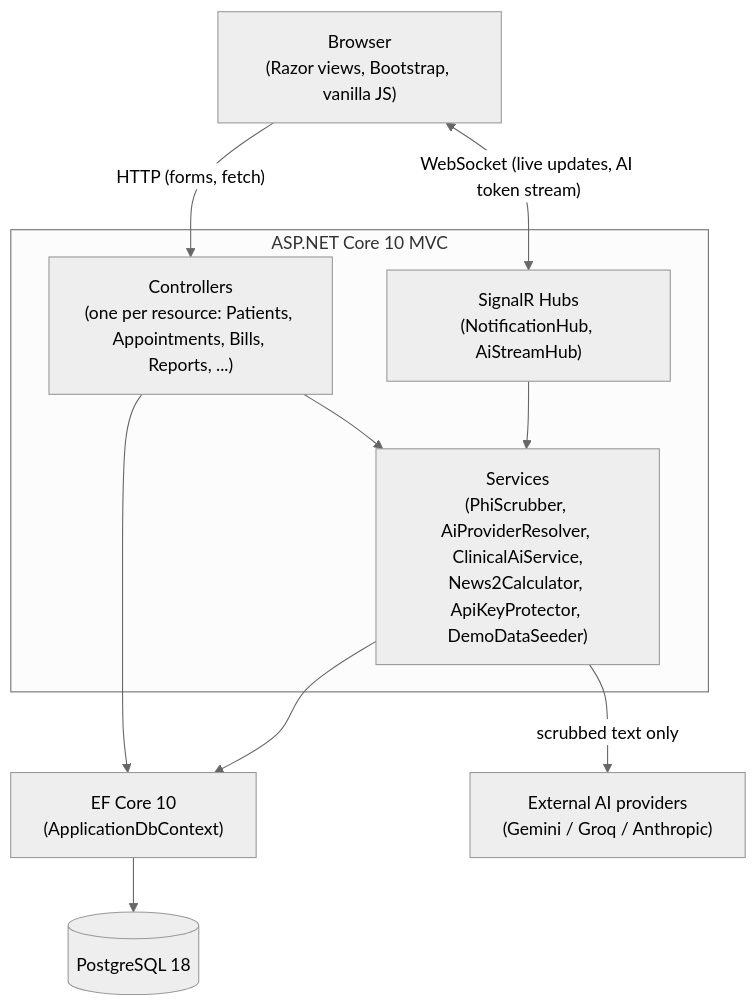
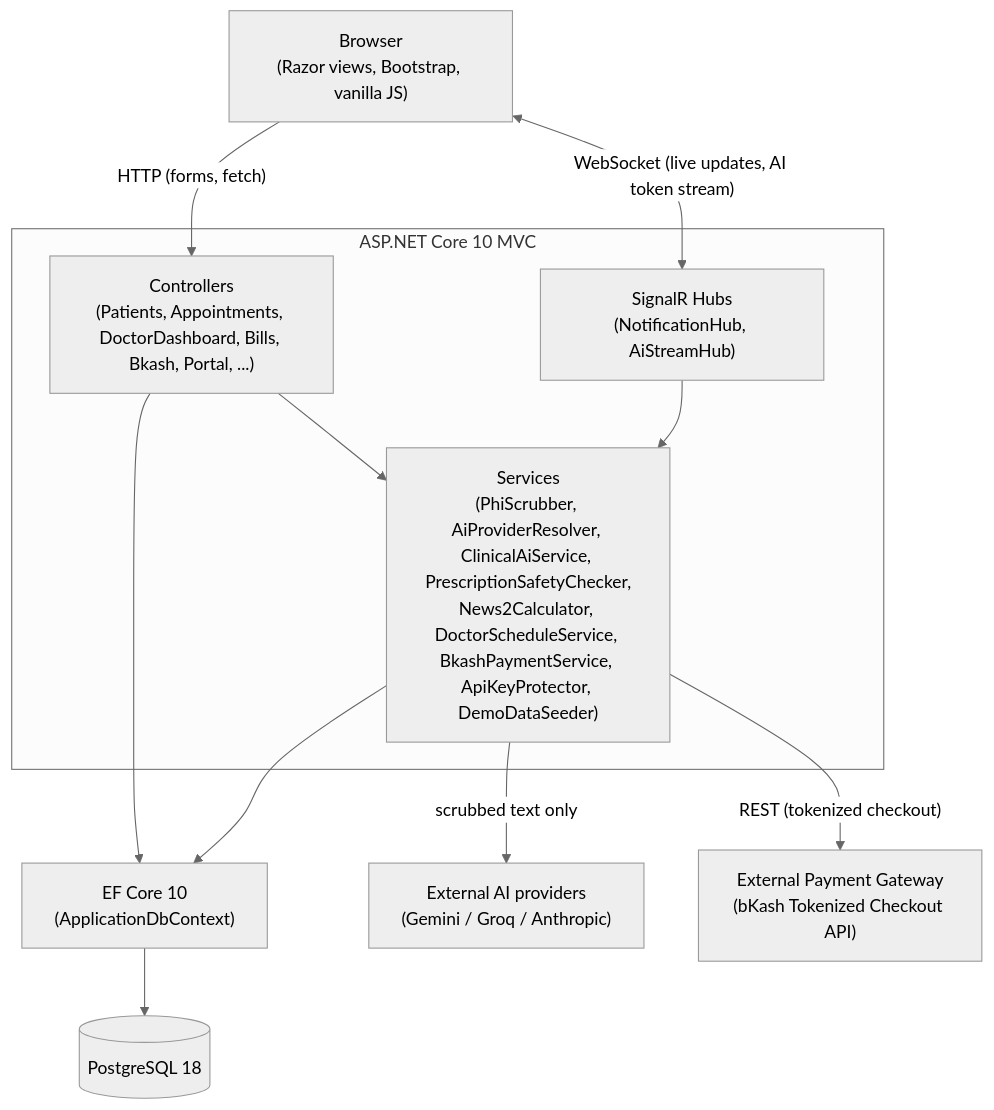
Before and after one commit to nafi103/Hospital-Management-System: the first of 4 diagrams in docs/ARCHITECTURE.md, drawn with Mermaid (neutral theme). The commit also changed other lines of this file and 15 other files, not shown here.

Commit message:
fix: improve prescription safety checks, schedule conflict detection, and bill calculation logic

````diff
--- a/docs/ARCHITECTURE.md
+++ b/docs/ARCHITECTURE.md
@@ -8,24 +7,26 @@
 ```mermaid
 flowchart TB
     Browser["Browser<br/>(Razor views, Bootstrap, vanilla JS)"]
 
     subgraph App["ASP.NET Core 10 MVC"]
-        Controllers["Controllers<br/>(one per resource: Patients, Appointments, Bills, Reports, ...)"]
-        Services["Services<br/>(PhiScrubber, AiProviderResolver, ClinicalAiService,<br/>News2Calculator, ApiKeyProtector, DemoDataSeeder)"]
+        Controllers["Controllers<br/>(Patients, Appointments, DoctorDashboard, Bills, Bkash, Portal, ...)"]
+        Services["Services<br/>(PhiScrubber, AiProviderResolver, ClinicalAiService, PrescriptionSafetyChecker,<br/>News2Calculator, DoctorScheduleService, BkashPaymentService, ApiKeyProtector, DemoDataSeeder)"]
         Hubs["SignalR Hubs<br/>(NotificationHub, AiStreamHub)"]
     end
 
     EFCore["EF Core 10<br/>(ApplicationDbContext)"]
     DB[("PostgreSQL 18")]
 
     AiProviders["External AI providers<br/>(Gemini / Groq / Anthropic)"]
+    BkashGateway["External Payment Gateway<br/>(bKash Tokenized Checkout API)"]
 
     Browser -- "HTTP (forms, fetch)" --> Controllers
     Browser <-- "WebSocket (live updates, AI token stream)" --> Hubs
     Controllers --> Services
     Controllers --> EFCore
     Services --> EFCore
     Hubs --> Services
     EFCore --> DB
     Services -- "scrubbed text only" --> AiProviders
+    Services -- "REST (tokenized checkout)" --> BkashGateway
 ```
````
